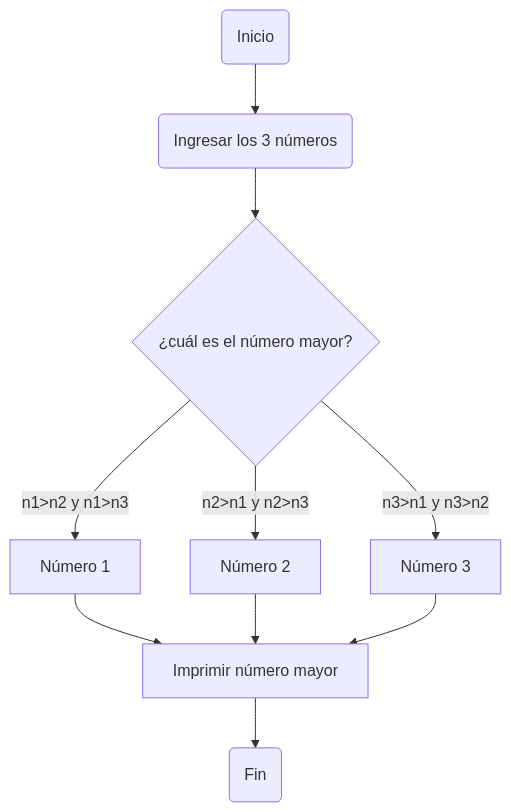
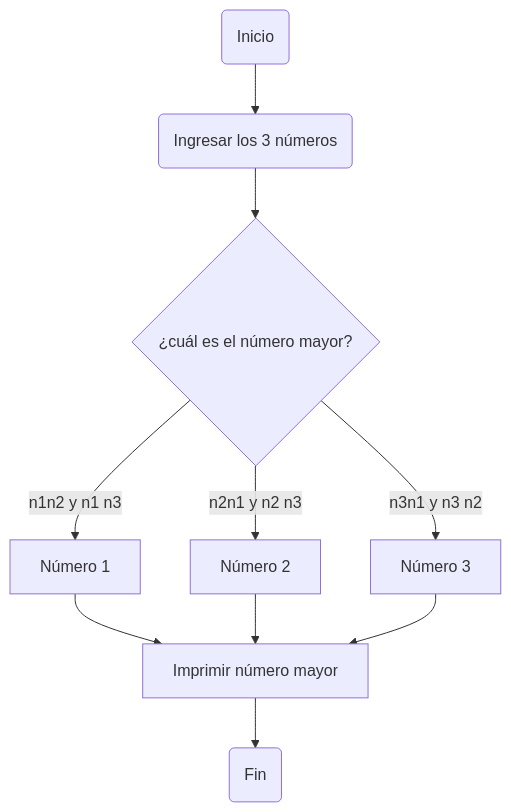
Before and after one commit to jeriosv/taller_1: the first of 3 diagrams in README.md, drawn with Mermaid.

````diff
--- a/README.md
+++ b/README.md
@@ -24,11 +24,11 @@
 ```mermaid
   graph TD;
     A(Inicio) --> B(Ingresar los 3 números);
     B --> C{¿cuál es el número mayor?};
-    C -->|n1>n2 y n1>n3| D[Número 1];
-    C -->|n2>n1 y n2>n3| E[Número 2];
-    C -->|n3>n1 y n3>n2| F[Número 3];
+    C -->|n1n2 y n1 n3| D[Número 1];
+    C -->|n2n1 y n2 n3| E[Número 2];
+    C -->|n3n1 y n3 n2| F[Número 3];
     D --> G[Imprimir número mayor] --> H(Fin);
     E --> G;
     F --> G;
 ```
````
